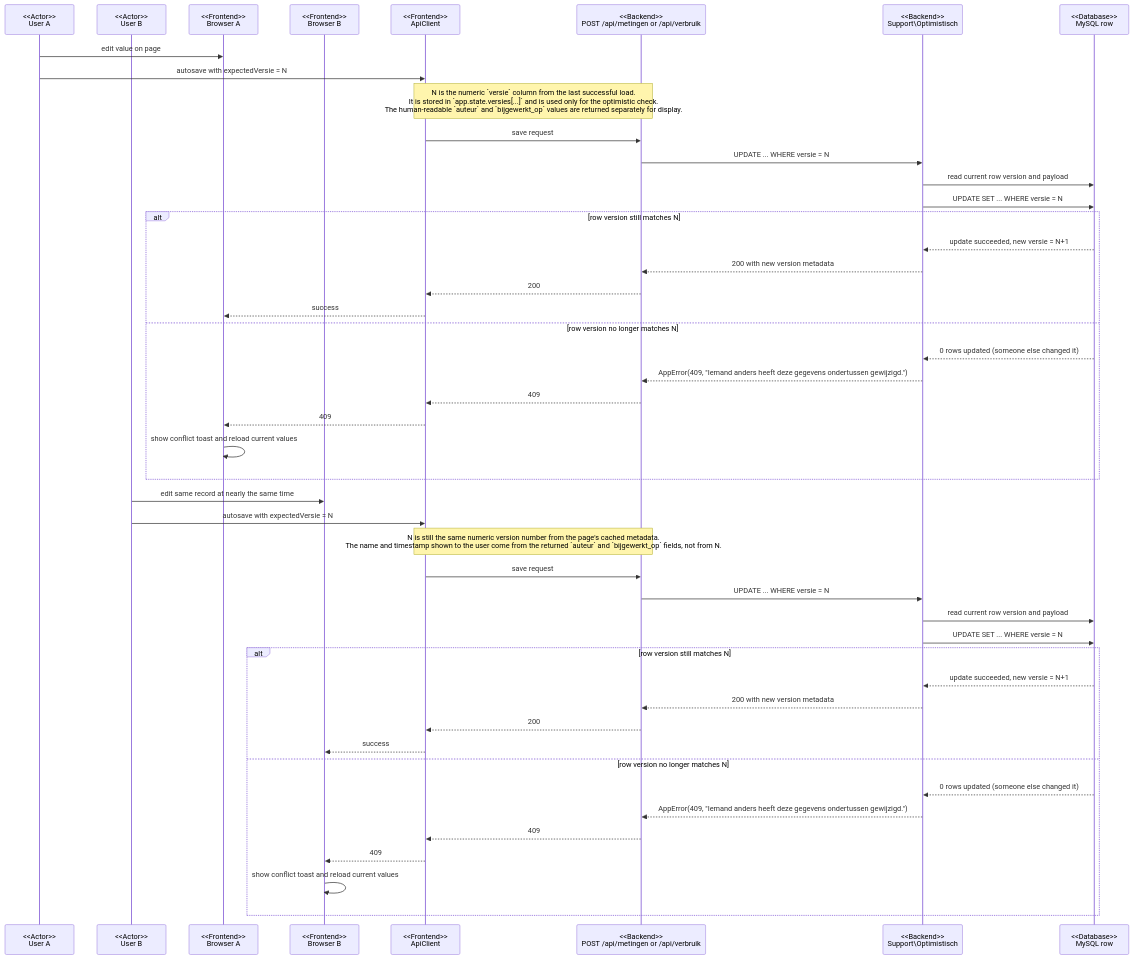
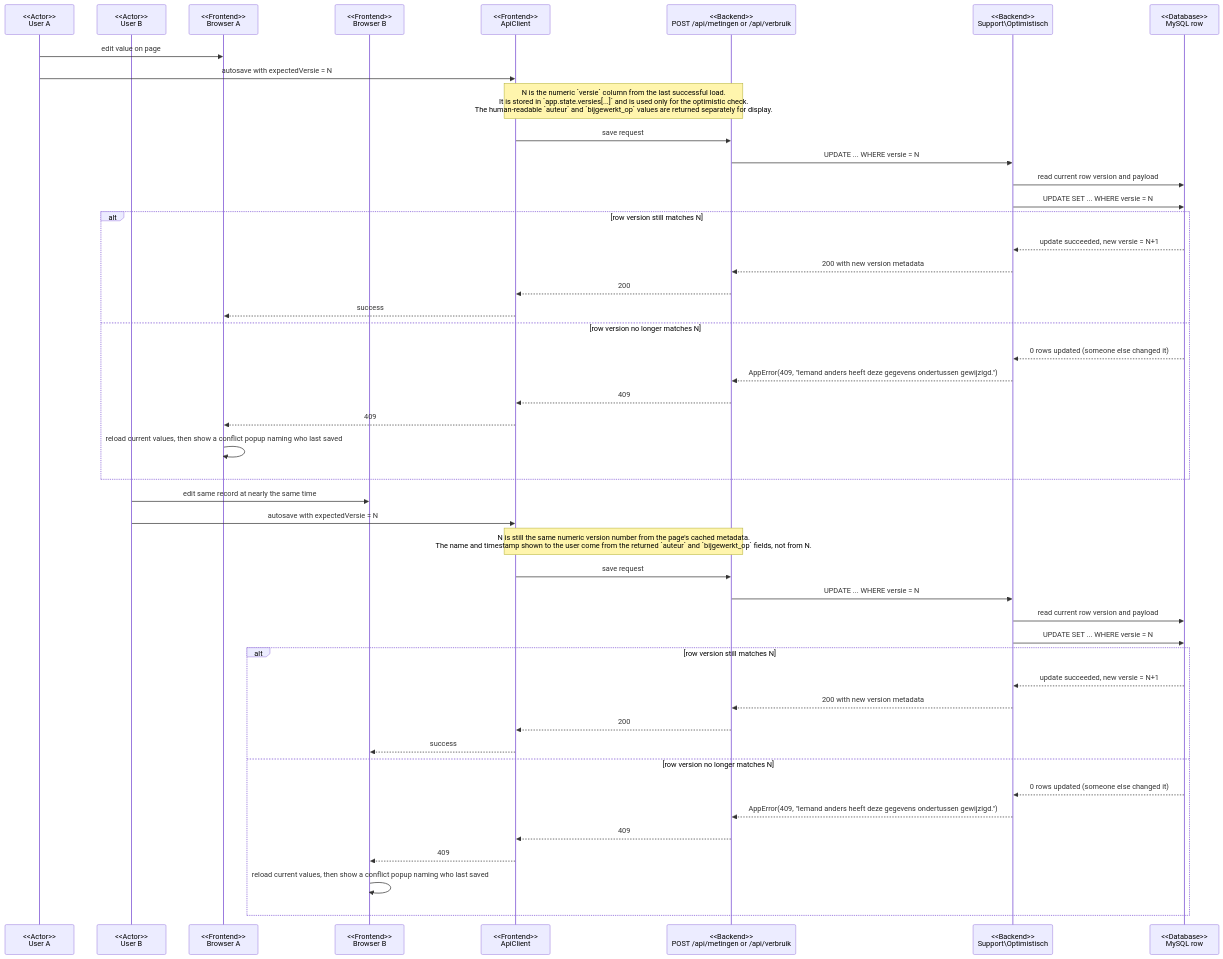
One commit to pjgheijmans/NewSiteWaterbeheerDeBercken changed the fifth of 10 diagrams in docs/EDS.md. Above: the diagram before and after it, drawn with Mermaid. The commit also changed other lines of this file and 1 other file, not shown here.

First line of the commit message:
docs(eps/eds): sync leesmodus, conflict-popup en conditionele gebonden chloor

````diff
--- a/docs/EDS.md
+++ b/docs/EDS.md
@@ -710,53 +717,53 @@
 ```mermaid
 sequenceDiagram
     participant U1 as <<Actor>><br/>User A
     participant U2 as <<Actor>><br/>User B
     participant F1 as <<Frontend>><br/>Browser A
     participant F2 as <<Frontend>><br/>Browser B
     participant A as <<Frontend>><br/>ApiClient
     participant S as <<Backend>><br/>POST /api/metingen or /api/verbruik
     participant R as <<Backend>><br/>Support\Optimistisch
     participant DB as <<Database>><br/>MySQL row
 
     U1->>F1: edit value on page
     U1->>A: autosave with expectedVersie = N
     Note over A,S: N is the numeric `versie` column from the last successful load.<br/>It is stored in `app.state.versies[...]` and is used only for the optimistic check.<br/>The human-readable `auteur` and `bijgewerkt_op` values are returned separately for display.
     A->>S: save request
     S->>R: UPDATE ... WHERE versie = N
     R->>DB: read current row version and payload
     R->>DB: UPDATE SET ... WHERE versie = N
 
     alt row version still matches N
         DB-->>R: update succeeded, new versie = N+1
         R-->>S: 200 with new version metadata
         S-->>A: 200
         A-->>F1: success
     else row version no longer matches N
         DB-->>R: 0 rows updated (someone else changed it)
         R-->>S: AppError(409, "Iemand anders heeft deze gegevens ondertussen gewijzigd.")
         S-->>A: 409
         A-->>F1: 409
-        F1->>F1: show conflict toast and reload current values
+        F1->>F1: reload current values, then show a conflict popup naming who last saved
     end
 
     U2->>F2: edit same record at nearly the same time
     U2->>A: autosave with expectedVersie = N
     Note over A,S: N is still the same numeric version number from the page's cached metadata.<br/>The name and timestamp shown to the user come from the returned `auteur` and `bijgewerkt_op` fields, not from N.
     A->>S: save request
     S->>R: UPDATE ... WHERE versie = N
     R->>DB: read current row version and payload
     R->>DB: UPDATE SET ... WHERE versie = N
 
     alt row version still matches N
         DB-->>R: update succeeded, new versie = N+1
         R-->>S: 200 with new version metadata
         S-->>A: 200
         A-->>F2: success
     else row version no longer matches N
         DB-->>R: 0 rows updated (someone else changed it)
         R-->>S: AppError(409, "Iemand anders heeft deze gegevens ondertussen gewijzigd.")
         S-->>A: 409
         A-->>F2: 409
-        F2->>F2: show conflict toast and reload current values
+        F2->>F2: reload current values, then show a conflict popup naming who last saved
     end
 ```
````
